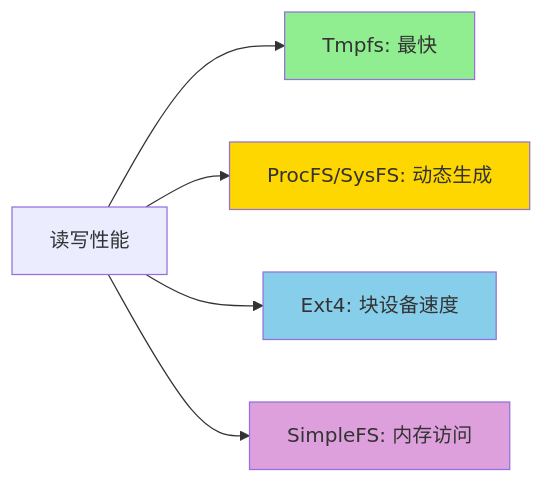
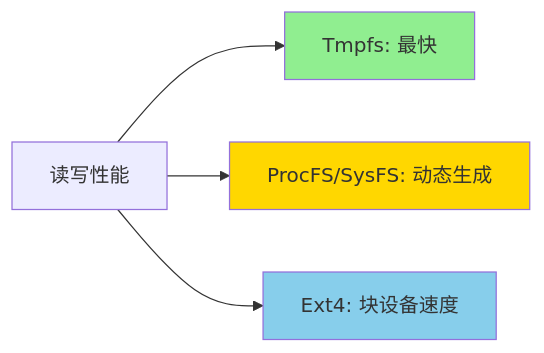
The first of 2 diagrams in document/fs/README.md (ZIYAN137/SanktaOS), drawn with Mermaid before and after one commit. The commit also changed other lines of this file and 3 other files, not shown here.

````diff
--- a/document/fs/README.md
+++ b/document/fs/README.md
@@ -23,12 +22,10 @@
 ```mermaid
 graph LR
     A[读写性能] --> B[Tmpfs: 最快]
     A --> C[ProcFS/SysFS: 动态生成]
     A --> D[Ext4: 块设备速度]
-    A --> E[SimpleFS: 内存访问]
     
     style B fill:#90EE90
     style C fill:#FFD700
     style D fill:#87CEEB
-    style E fill:#DDA0DD
 ```
````
